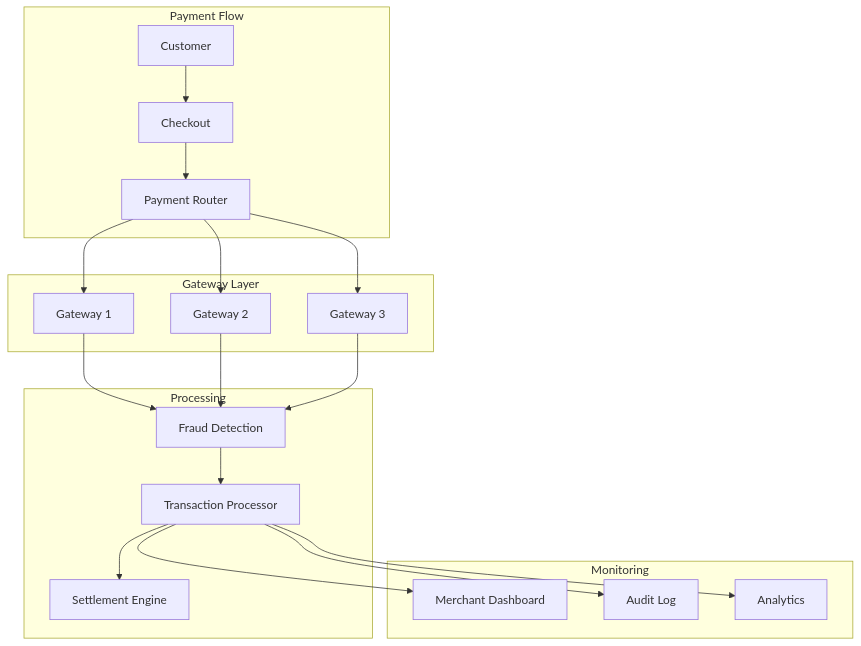
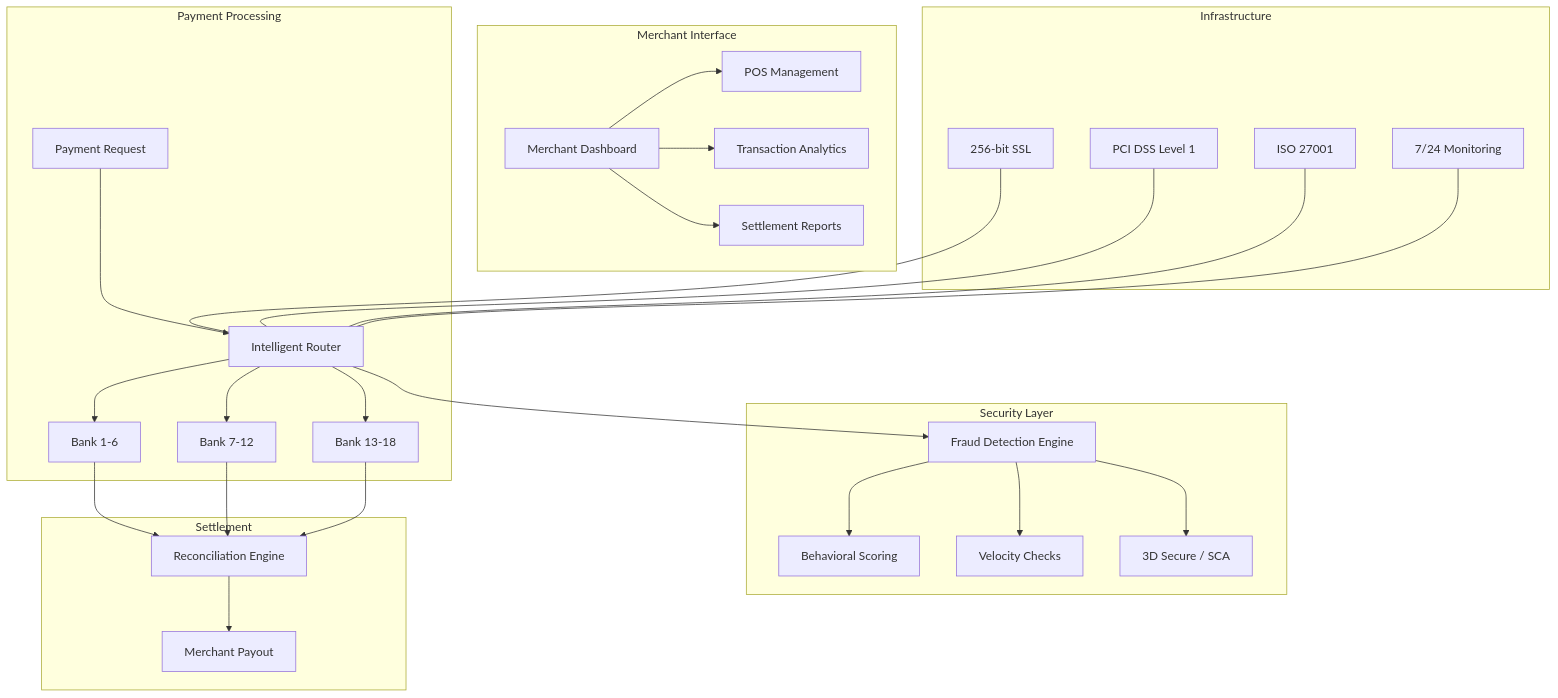
One commit to lydianai/Payream changed the diagram in README.md. Above: the diagram before and after it, drawn with Mermaid. The commit also changed other lines of this file and 2 other files, not shown here.

````diff
--- a/README.md
+++ b/README.md
@@ -58,24 +135,32 @@
 ```mermaid
 graph TD
-    subgraph "Payment Flow"
-        A[Customer] --> B[Checkout]
-        B --> C[Payment Router]
+    subgraph "Merchant Interface"
+        A[Merchant Dashboard] --> B[POS Management]
+        A --> C[Transaction Analytics]
+        A --> D[Settlement Reports]
     end
-    subgraph "Gateway Layer"
-        C --> D[Gateway 1]
-        C --> E[Gateway 2]
-        C --> F[Gateway 3]
+    subgraph "Payment Processing"
+        E[Payment Request] --> F[Intelligent Router]
+        F --> G[Bank 1-6]
+        F --> H[Bank 7-12]
+        F --> I[Bank 13-18]
     end
-    subgraph "Processing"
-        D --> G[Fraud Detection]
-        E --> G
-        F --> G
-        G --> H[Transaction Processor]
-        H --> I[Settlement Engine]
+    subgraph "Security Layer"
+        F --> J[Fraud Detection Engine]
+        J --> K[Behavioral Scoring]
+        J --> L[Velocity Checks]
+        J --> M[3D Secure / SCA]
     end
-    subgraph "Monitoring"
-        H --> J[Merchant Dashboard]
-        H --> K[Audit Log]
-        H --> L[Analytics]
+    subgraph "Infrastructure"
+        N[256-bit SSL] --- F
+        O[PCI DSS Level 1] --- F
+        P[ISO 27001] --- F
+        Q[7/24 Monitoring] --- F
+    end
+    subgraph "Settlement"
+        G --> R[Reconciliation Engine]
+        H --> R
+        I --> R
+        R --> S[Merchant Payout]
     end
 ```
````
